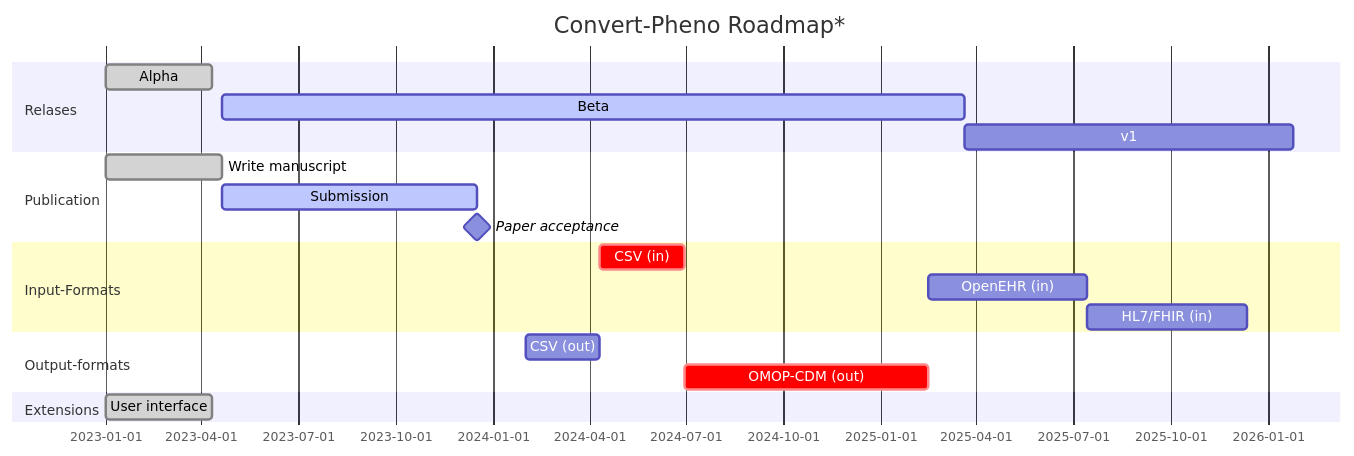
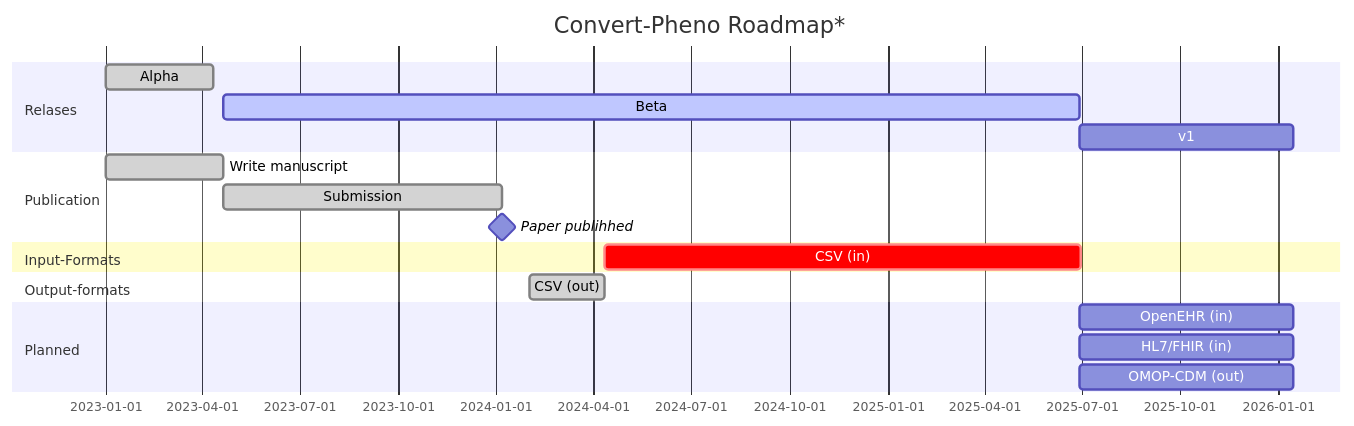
Before and after one commit to CNAG-Biomedical-Informatics/convert-pheno: the diagram in docs/future-plans.md, drawn with Mermaid. The commit also changed other lines of this file and 1 other file, not shown here.

````diff
--- a/docs/future-plans.md
+++ b/docs/future-plans.md
@@ -1,27 +1,26 @@
 ```mermaid
   gantt
     title Convert-Pheno Roadmap*
     dateFormat  YYYY-MM-DD
 
     section Relases
     Alpha                     :done,      r1, 2023-01-01, 100d
-    Beta                      :active,    r2, after m1, 700d
-    v1                        :           r3, after r2, 310d
+    Beta                      :active,    r2, after m1, 800d
+    v1                        :           r3, after r2, 200d
 
     section Publication
     Write manuscript          :done,      m1, 2023-01-01, 110d
-    Submission                :active,    m2, after m1, 240d
-    Paper acceptance          :milestone, after m2, 0d
+    Submission                :done,      m2, after m1, 260d
+    Paper publihhed           :milestone, after m2, 0d
 
     section Input-Formats
-    CSV (in)        :crit, f1, after f0,   80d
-    OpenEHR (in)    :      f3, after f2,   150d
-    HL7/FHIR (in)   :      f4, after f3,   150d
+    CSV (in)        :crit, f1, after f0,   445d
 
     section Output-formats
-    CSV (out)       :      f0, 2024-02-01, 70d
-    OMOP-CDM (out)  :crit, f2, after f1,   230d
+    CSV (out)       :done, f0, 2024-02-01, 70d
 
-    section Extensions
-    User interface            :done,   e1, 2023-01-01, 100d
+    section Planned
+    OpenEHR (in)    :      f3, after r2,   200d
+    HL7/FHIR (in)   :      f4, after r2,   200d
+    OMOP-CDM (out)  :      f2, after r2,   200d
 ```
````
